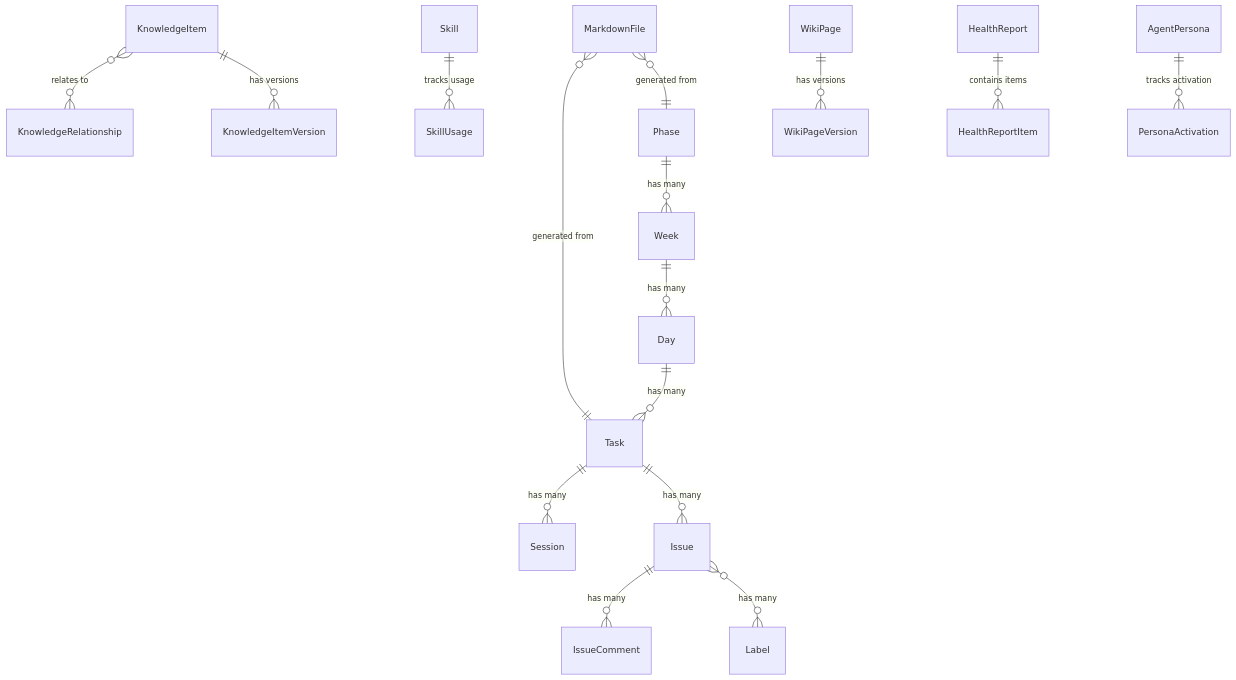
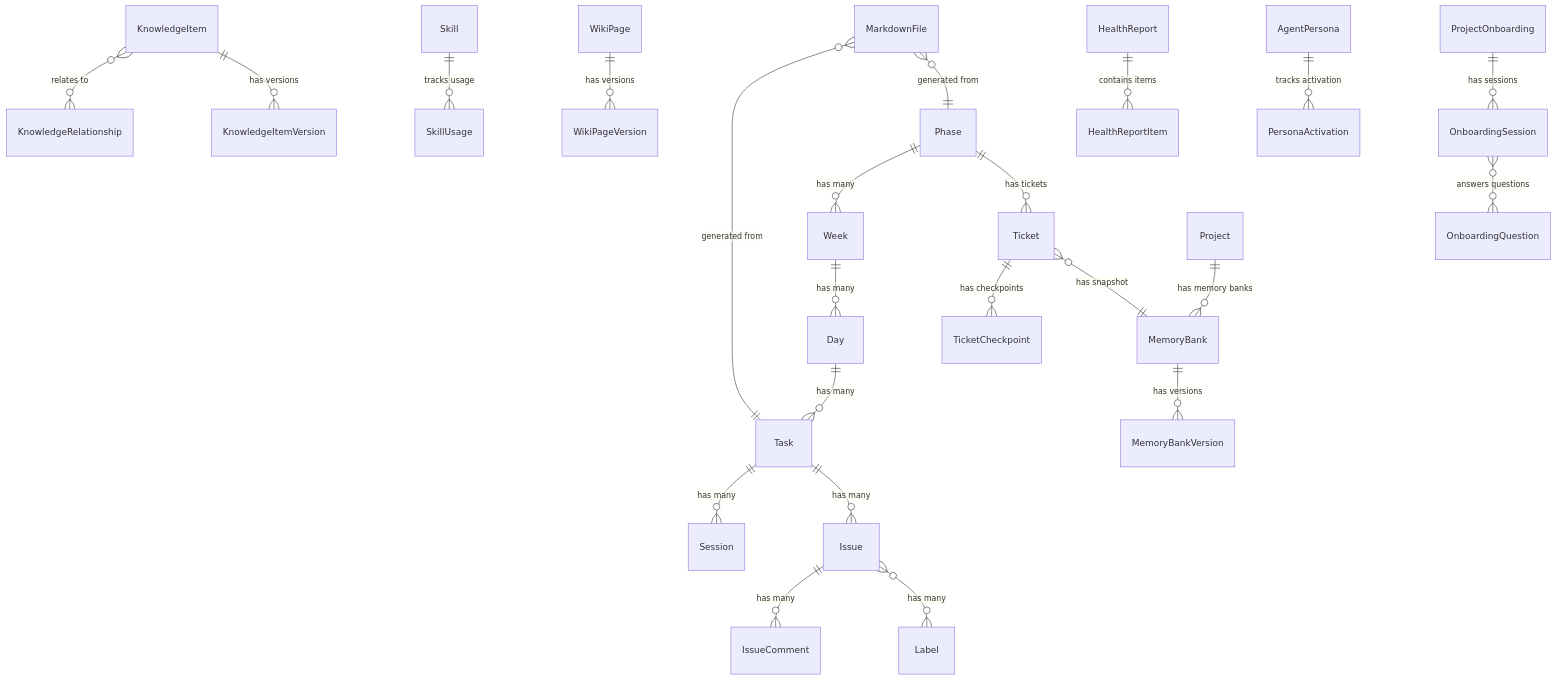
One commit to draco28/ProjectPulse changed the third of 20 diagrams in docs/03-Architecture.md. Above: the diagram before and after it, drawn with Mermaid. The commit also changed other lines of this file and 2 other files, not shown here.

First line of the commit message:
docs: Update PRD, SRS, and Architecture with 5 new epics (EPIC-010 to EPIC-014)

````diff
--- a/docs/03-Architecture.md
+++ b/docs/03-Architecture.md
@@ -523,25 +546,35 @@
 ```mermaid
 erDiagram
     Phase ||--o{ Week : "has many"
     Week ||--o{ Day : "has many"
     Day ||--o{ Task : "has many"
     Task ||--o{ Session : "has many"
 
     Task ||--o{ Issue : "has many"
     Issue ||--o{ IssueComment : "has many"
     Issue }o--o{ Label : "has many"
 
     KnowledgeItem }o--o{ KnowledgeRelationship : "relates to"
     KnowledgeItem ||--o{ KnowledgeItemVersion : "has versions"
 
     Skill ||--o{ SkillUsage : "tracks usage"
 
     WikiPage ||--o{ WikiPageVersion : "has versions"
 
     HealthReport ||--o{ HealthReportItem : "contains items"
 
     AgentPersona ||--o{ PersonaActivation : "tracks activation"
 
     MarkdownFile }o--|| Task : "generated from"
     MarkdownFile }o--|| Phase : "generated from"
+
+    ProjectOnboarding ||--o{ OnboardingSession : "has sessions"
+    OnboardingSession }o--o{ OnboardingQuestion : "answers questions"
+
+    Phase ||--o{ Ticket : "has tickets"
+    Ticket ||--o{ TicketCheckpoint : "has checkpoints"
+    Ticket }o--|| MemoryBank : "has snapshot"
+
+    Project ||--o{ MemoryBank : "has memory banks"
+    MemoryBank ||--o{ MemoryBankVersion : "has versions"
 ```
````
